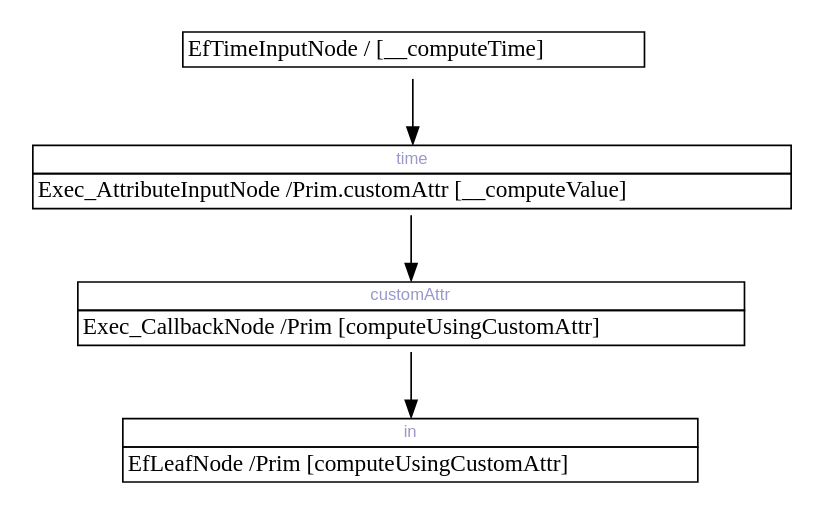
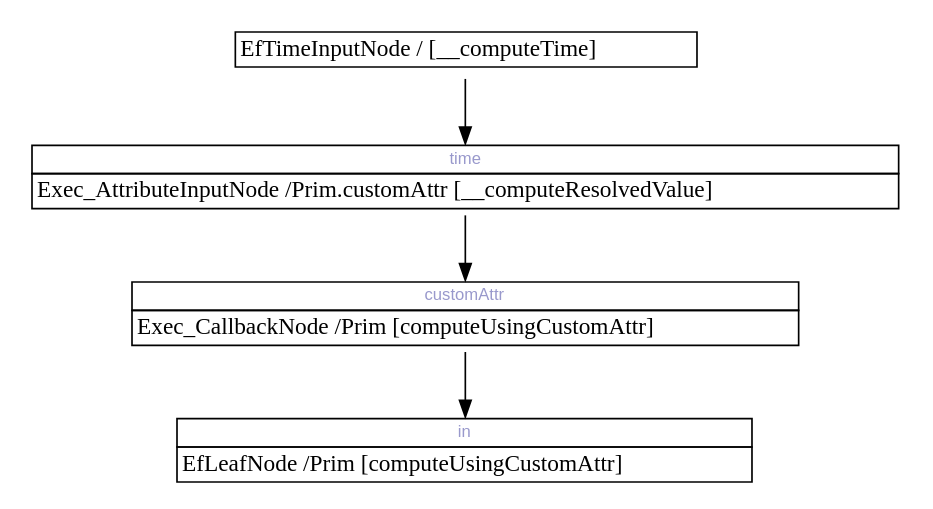
Before and after one commit to cpichard/USD: the diagram in pxr/exec/execUsd/testenv/testExecUsdRecompilation/baseline/TestRecompileResyncedPrim-3.dot, drawn with Graphviz. The commit also changed 45 other files, not shown here.

First line of the commit message:
OpenExec: Introduce attribute expressions

```diff
--- a/pxr/exec/execUsd/testenv/testExecUsdRecompilation/baseline/TestRecompileResyncedPrim-3.dot
+++ b/pxr/exec/execUsd/testenv/testExecUsdRecompilation/baseline/TestRecompileResyncedPrim-3.dot
@@ -1,31 +1,31 @@
 digraph network {
 	rankdir=TB;
 	page="8.5, 11";
 
 	node [shape=plaintext];
 		"0x7f48ccd870f0" [label=<
 		<TABLE BORDER="0" CELLBORDER="1" CELLSPACING="0">
 			<TR><TD COLSPAN="1"> EfTimeInputNode / [__computeTime] </TD></TR>
 		</TABLE>>];
 	node [shape=plaintext];
 		"0x7f48cf4d4e50" [label=<
 		<TABLE BORDER="0" CELLBORDER="1" CELLSPACING="0">
 			<TR><TD PORT="0x7f48cf4d8ed0" COLSPAN="1"><FONT POINT-SIZE="10" FACE="Arial" COLOR="#9999cc">in</FONT></TD></TR>
 			<TR><TD COLSPAN="1"> EfLeafNode /Prim [computeUsingCustomAttr] </TD></TR>
 		</TABLE>>];
 	node [shape=plaintext];
 		"0x7f48cf82f000" [label=<
 		<TABLE BORDER="0" CELLBORDER="1" CELLSPACING="0">
 			<TR><TD PORT="0x7f48dd8fa8a0" COLSPAN="1"><FONT POINT-SIZE="10" FACE="Arial" COLOR="#9999cc">time</FONT></TD></TR>
-			<TR><TD COLSPAN="1"> Exec_AttributeInputNode /Prim.customAttr [__computeValue] </TD></TR>
+			<TR><TD COLSPAN="1"> Exec_AttributeInputNode /Prim.customAttr [__computeResolvedValue] </TD></TR>
 		</TABLE>>];
 	node [shape=plaintext];
 		"0x7f48cf80cf20" [label=<
 		<TABLE BORDER="0" CELLBORDER="1" CELLSPACING="0">
 			<TR><TD PORT="0x7f48cf4d8e40" COLSPAN="1"><FONT POINT-SIZE="10" FACE="Arial" COLOR="#9999cc">customAttr</FONT></TD></TR>
 			<TR><TD COLSPAN="1"> Exec_CallbackNode /Prim [computeUsingCustomAttr] </TD></TR>
 		</TABLE>>];
 		"0x7f48cf80cf20" -> "0x7f48cf4d4e50":"0x7f48cf4d8ed0":n;
 		"0x7f48ccd870f0" -> "0x7f48cf82f000":"0x7f48dd8fa8a0":n;
 		"0x7f48cf82f000" -> "0x7f48cf80cf20":"0x7f48cf4d8e40":n;
 }
```
